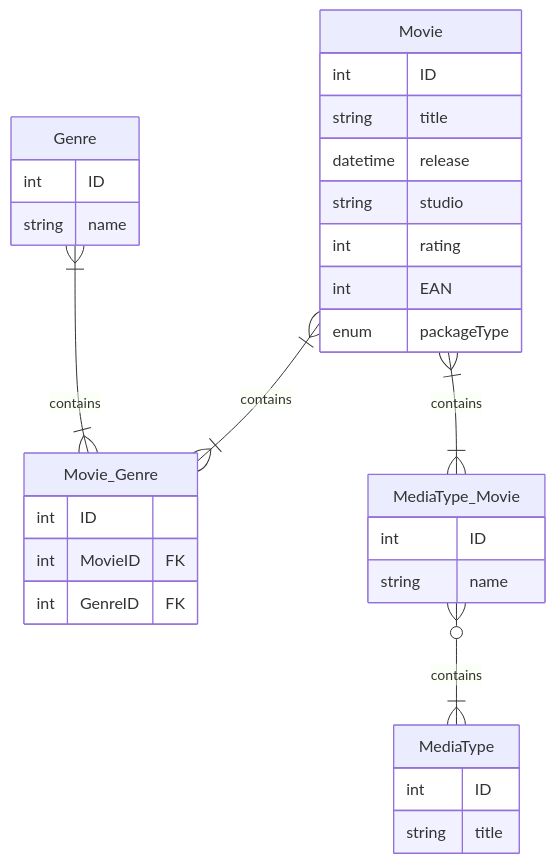
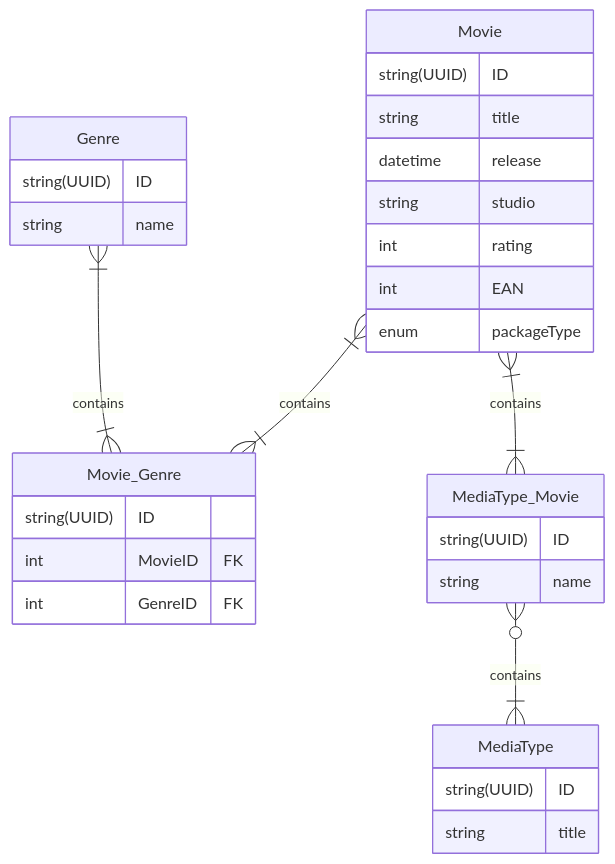
The diagram in README.md (tycho26/media-collection-manager), drawn with Mermaid before and after one commit.

Commit message:
Changed IDs in ERD from int to UUID string.

````diff
--- a/README.md
+++ b/README.md
@@ -123,40 +123,40 @@
 ```mermaid
 erDiagram
 
 Movie{
-	int ID
+	string(UUID) ID
 	string title
 	datetime release
 	string studio
 	int rating
 	int EAN
 	enum packageType
 }
 
 Genre{
-	int ID
+	string(UUID) ID
 	string name
 }
 
 Movie_Genre{
-	int ID
+	string(UUID) ID
 	int MovieID FK
 	int GenreID FK
 }
 
 MediaType{
-	int ID
+	string(UUID) ID
 	string title
 }
 
 MediaType_Movie{
-	int ID
+	string(UUID) ID
 	string name
 }
 
 Movie }|--|{ Movie_Genre : contains
 Genre }|--|{ Movie_Genre : contains
 Movie }|--|{ MediaType_Movie : contains
 MediaType_Movie }o--|{ MediaType : contains
 
 ```
````
